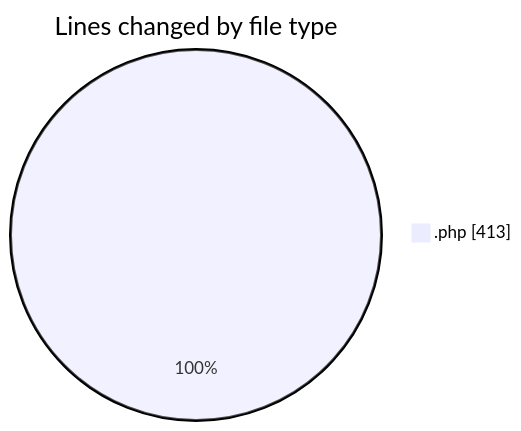
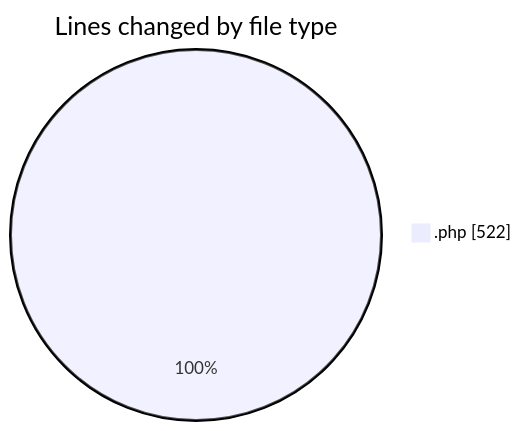
One commit to LanceThiago/code-tracking changed the first of 2 diagrams in 2025-11-04/oficina/README.md. Above: the diagram before and after it, drawn with Mermaid. The commit also changed other lines of this file and 1 other file, not shown here.

````diff
--- a/2025-11-04/oficina/README.md
+++ b/2025-11-04/oficina/README.md
@@ -20,5 +21,5 @@
 ```mermaid
 pie showData
 title Lines changed by file type
-".php" : 413
+".php" : 522
 ```
````
